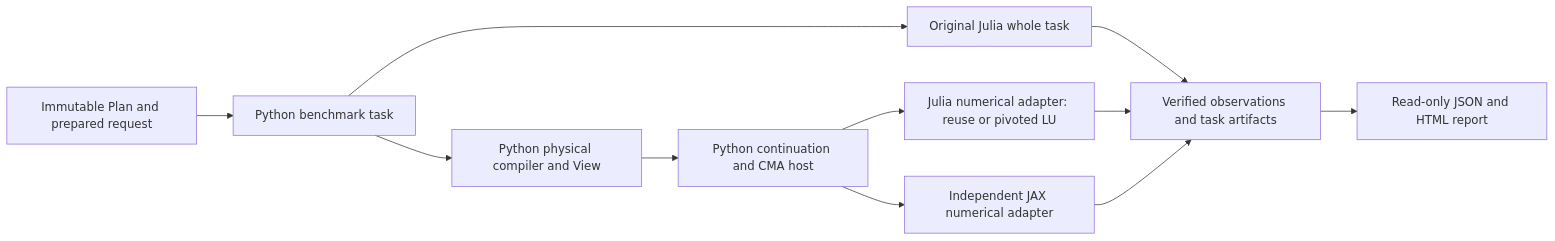
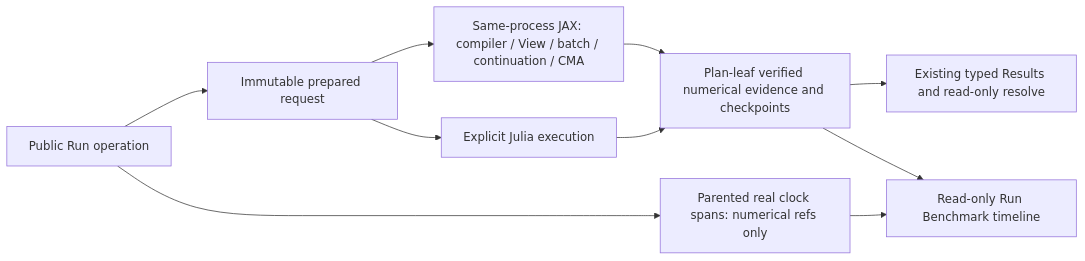
One commit to OrPenStrike/scnsim changed the diagram in docs/implementation/benchmark-and-backends.qmd. Above: the diagram before and after it, drawn with Mermaid. The commit also changed other lines of this file and 56 other files, not shown here.

Commit message:
Use JAX in public runs and record operation timelines

````diff
--- a/docs/implementation/benchmark-and-backends.qmd
+++ b/docs/implementation/benchmark-and-backends.qmd
@@ -42,13 +159,12 @@
 ```{mermaid}
 flowchart LR
-  P[Immutable Plan and prepared request] --> H[Python benchmark task]
-  H --> O[Original Julia whole task]
-  H --> C[Python physical compiler and View]
-  C --> S[Python continuation and CMA host]
-  S --> J[Julia numerical adapter: reuse or pivoted LU]
-  S --> X[Independent JAX numerical adapter]
-  O --> E[Verified observations and task artifacts]
-  J --> E
-  X --> E
-  E --> R[Read-only JSON and HTML report]
+  R[Public Run operation] --> P[Immutable prepared request]
+  P --> J[Same-process JAX: compiler / View / batch / continuation / CMA]
+  P --> U[Explicit Julia execution]
+  J --> E[Plan-leaf verified numerical evidence and checkpoints]
+  U --> E
+  E --> T[Existing typed Results and read-only resolve]
+  R --> S[Parented real clock spans: numerical refs only]
+  S --> B[Read-only Run Benchmark timeline]
+  E --> B
 ```
````
